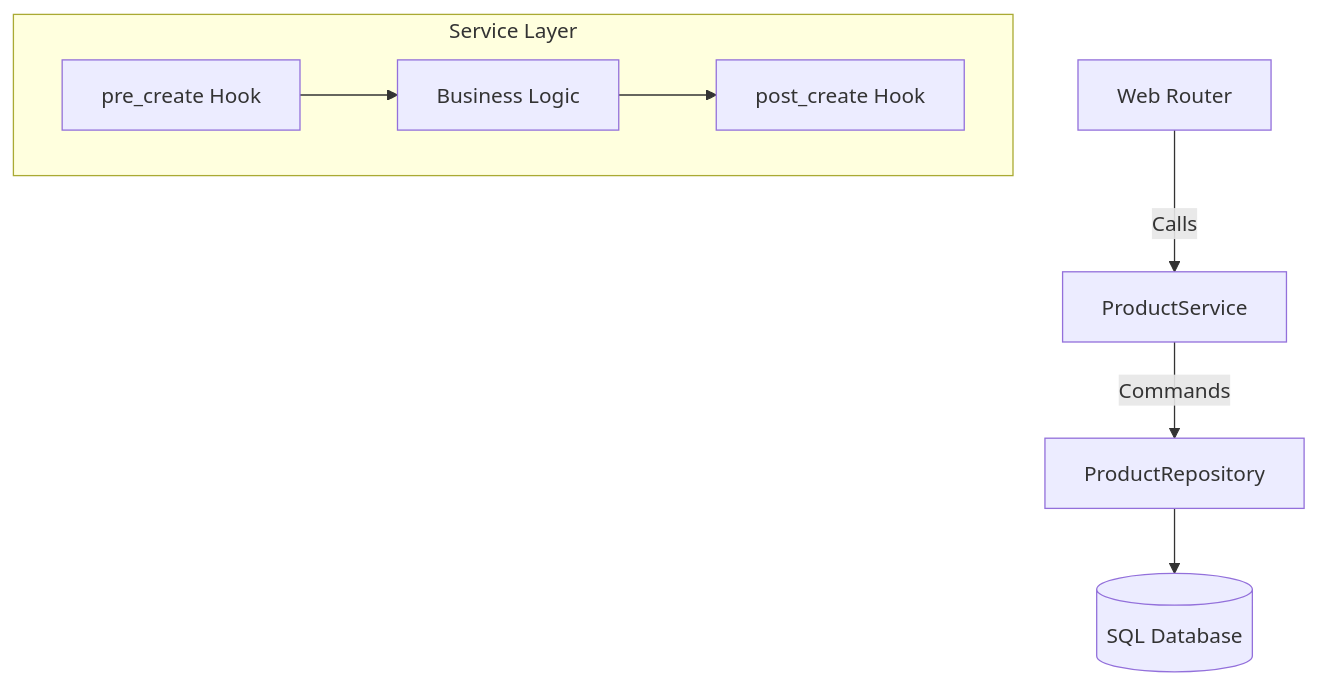
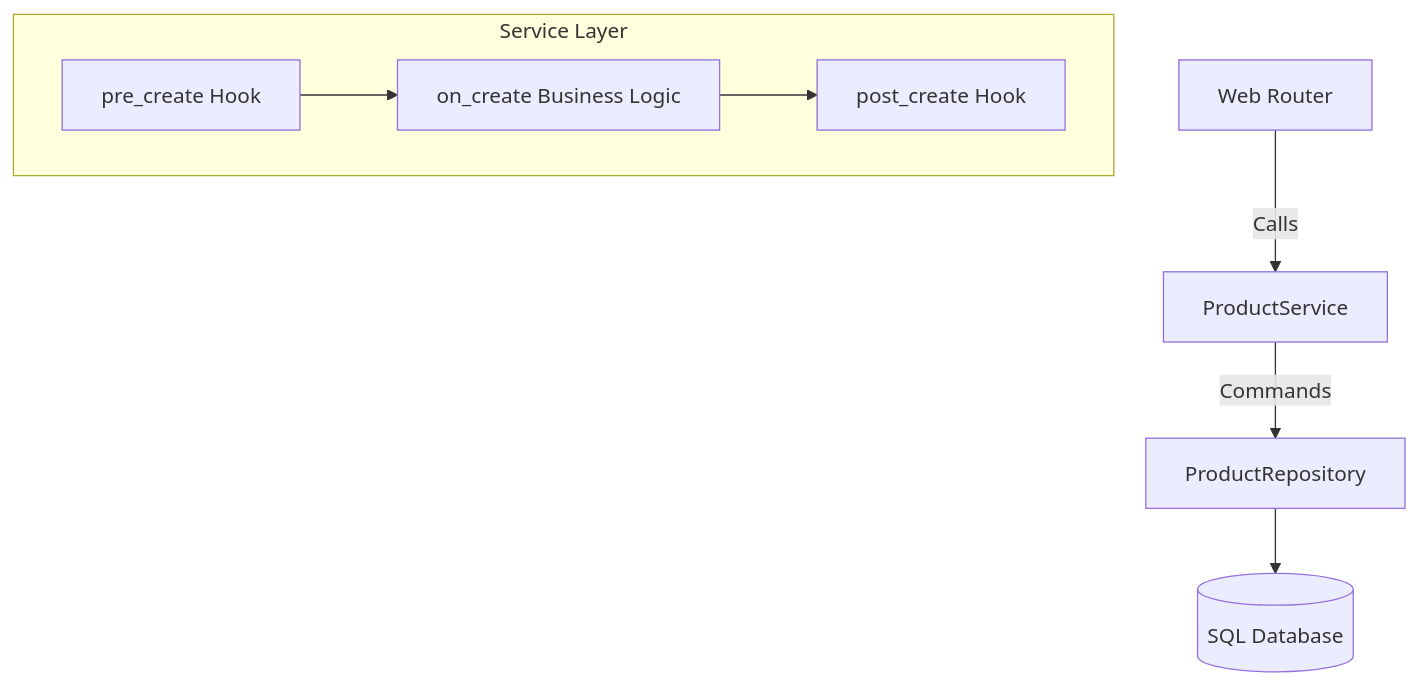
One commit to fastapi-zcore-framework/zcore changed the diagram in docs/learn/4-service.md. Above: the diagram before and after it, drawn with Mermaid. The commit also changed other lines of this file and 4 other files, not shown here.

````diff
--- a/docs/learn/4-service.md
+++ b/docs/learn/4-service.md
@@ -43,10 +52,10 @@
 ```mermaid
 graph TD
     Router[Web Router] -->|Calls| Service[ProductService]
     subgraph Service Layer
-        Pre[pre_create Hook] --> Business[Business Logic]
-        Business --> Post[post_create Hook]
+        Pre[pre_create Hook] --> On[on_create Business Logic]
+        On --> Post[post_create Hook]
     end
     Service -->|Commands| Repo[ProductRepository]
     Repo --> DB[(SQL Database)]
 ```
````
